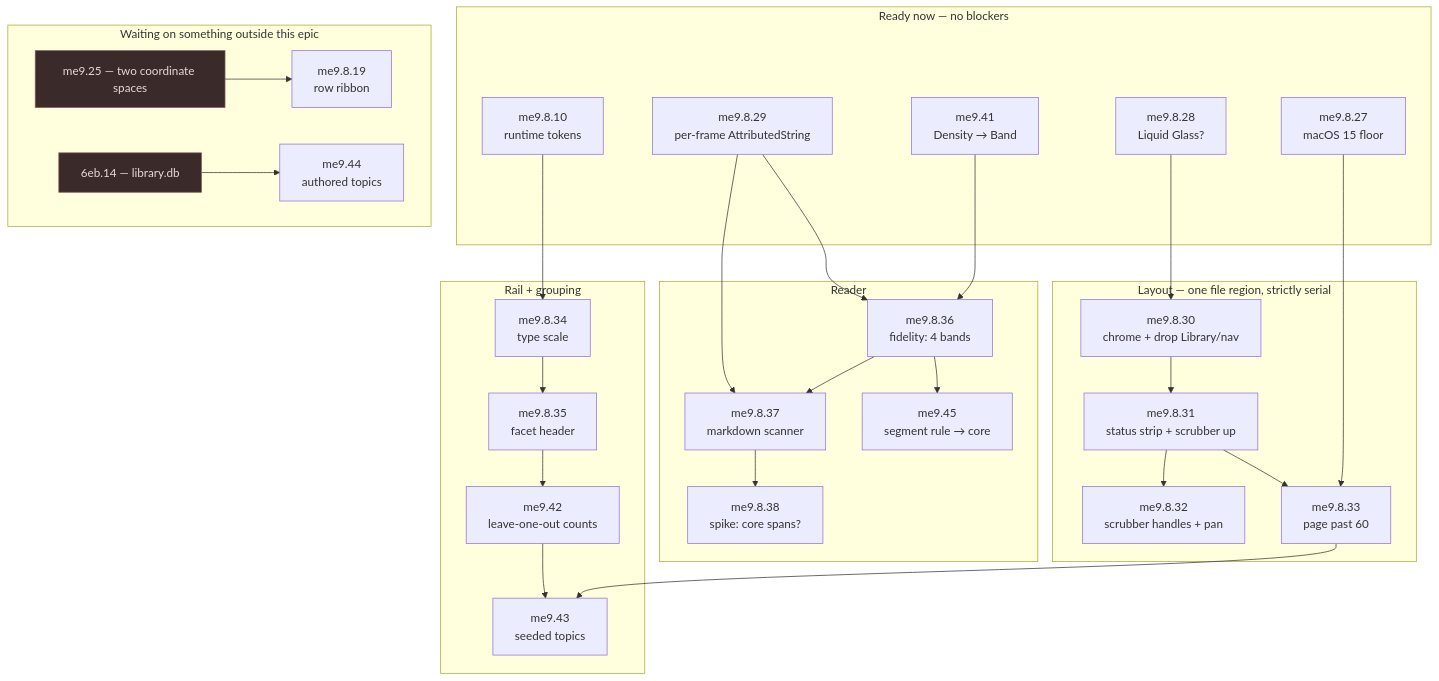
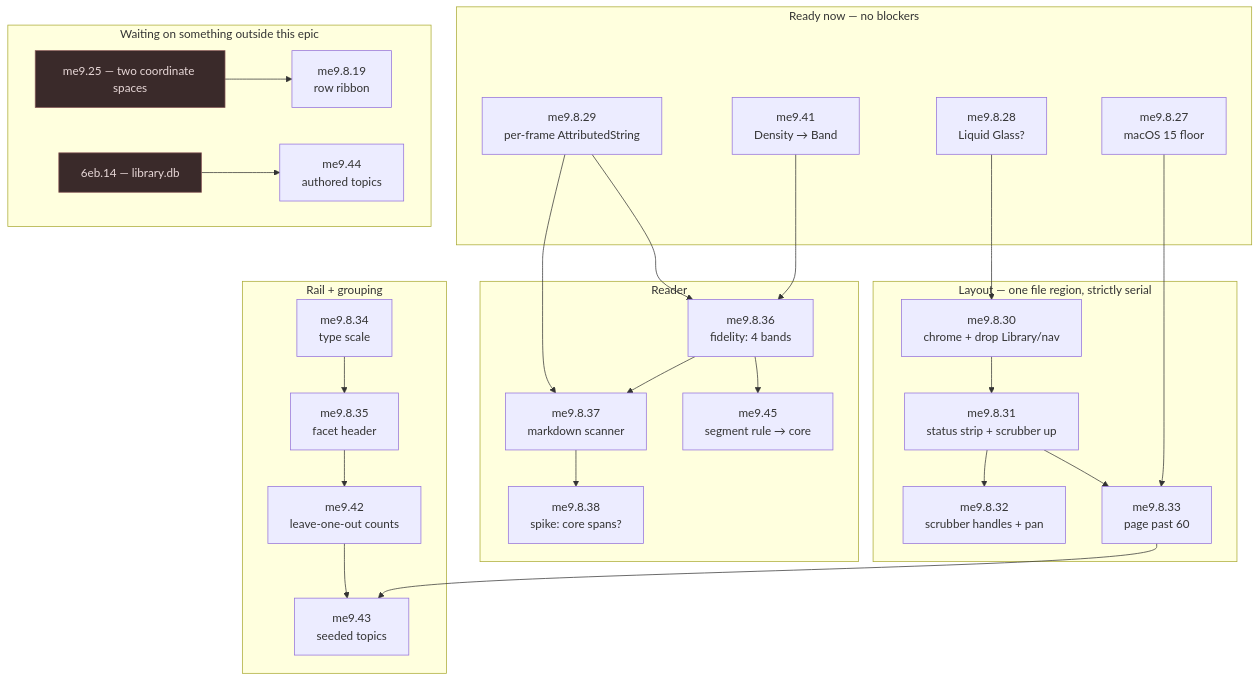
One commit to tylercrosse/chat-search changed the diagram in apps/macos/ROADMAP.md. Above: the diagram before and after it, drawn with Mermaid. The commit also changed other lines of this file and 1 other file, not shown here.

````diff
--- a/apps/macos/ROADMAP.md
+++ b/apps/macos/ROADMAP.md
@@ -57,54 +58,53 @@
 ```mermaid
 graph TD
   subgraph ready ["Ready now — no blockers"]
     G28["me9.8.28<br/>Liquid Glass?"]
     G27["me9.8.27<br/>macOS 15 floor"]
     G29["me9.8.29<br/>per-frame AttributedString"]
-    G10["me9.8.10<br/>runtime tokens"]
     G41["me9.41<br/>Density → Band"]
   end
 
   subgraph layout ["Layout — one file region, strictly serial"]
     G30["me9.8.30<br/>chrome + drop Library/nav"]
     G31["me9.8.31<br/>status strip + scrubber up"]
     G32["me9.8.32<br/>scrubber handles + pan"]
     G33["me9.8.33<br/>page past 60"]
   end
 
   subgraph reader ["Reader"]
     G36["me9.8.36<br/>fidelity: 4 bands"]
     G37["me9.8.37<br/>markdown scanner"]
     G38["me9.8.38<br/>spike: core spans?"]
     G45["me9.45<br/>segment rule → core"]
   end
 
   subgraph rail ["Rail + grouping"]
     G34["me9.8.34<br/>type scale"]
     G35["me9.8.35<br/>facet header"]
     G42["me9.42<br/>leave-one-out counts"]
     G43["me9.43<br/>seeded topics"]
   end
 
   subgraph ext ["Waiting on something outside this epic"]
     G19["me9.8.19<br/>row ribbon"]
     G44["me9.44<br/>authored topics"]
     X25["me9.25 — two coordinate spaces"]
     X14["6eb.14 — library.db"]
   end
 
   G28 --> G30 --> G31 --> G32
   G31 --> G33
   G27 --> G33
-  G10 --> G34 --> G35 --> G42 --> G43
+  G34 --> G35 --> G42 --> G43
   G33 --> G43
   G29 --> G36
   G41 --> G36
   G29 --> G37
   G36 --> G37 --> G38
   G36 --> G45
   X25 --> G19
   X14 --> G44
 
   classDef blocked fill:#3a2a2a,stroke:#8a5a5a,color:#e8d8d8
   class X25,X14 blocked
 ```
````
